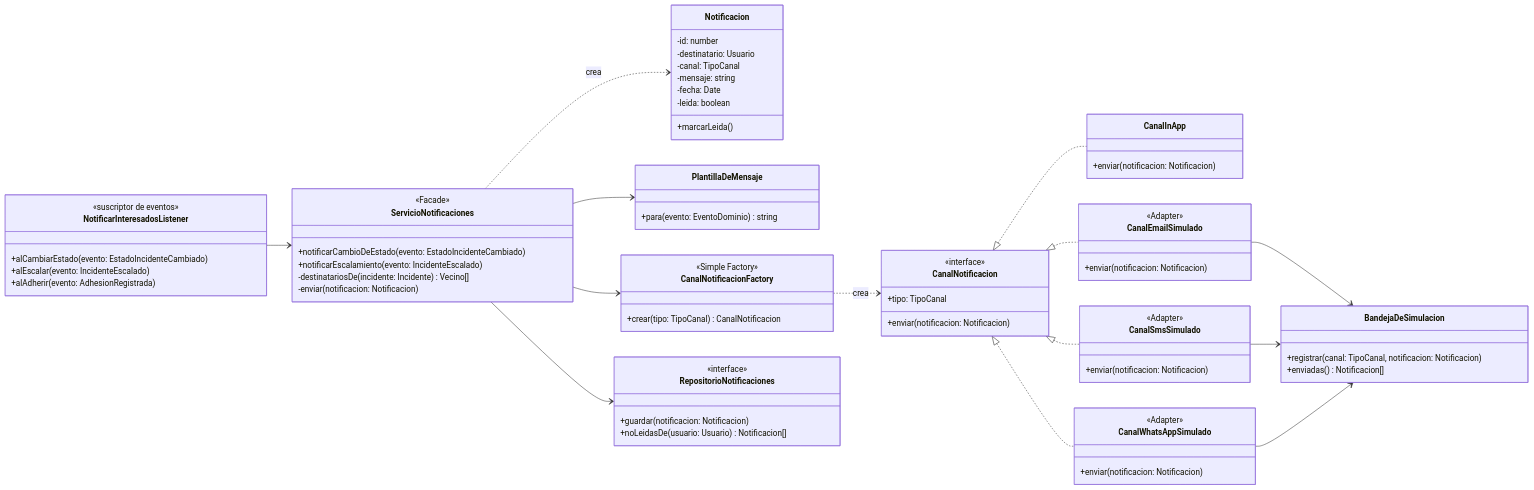
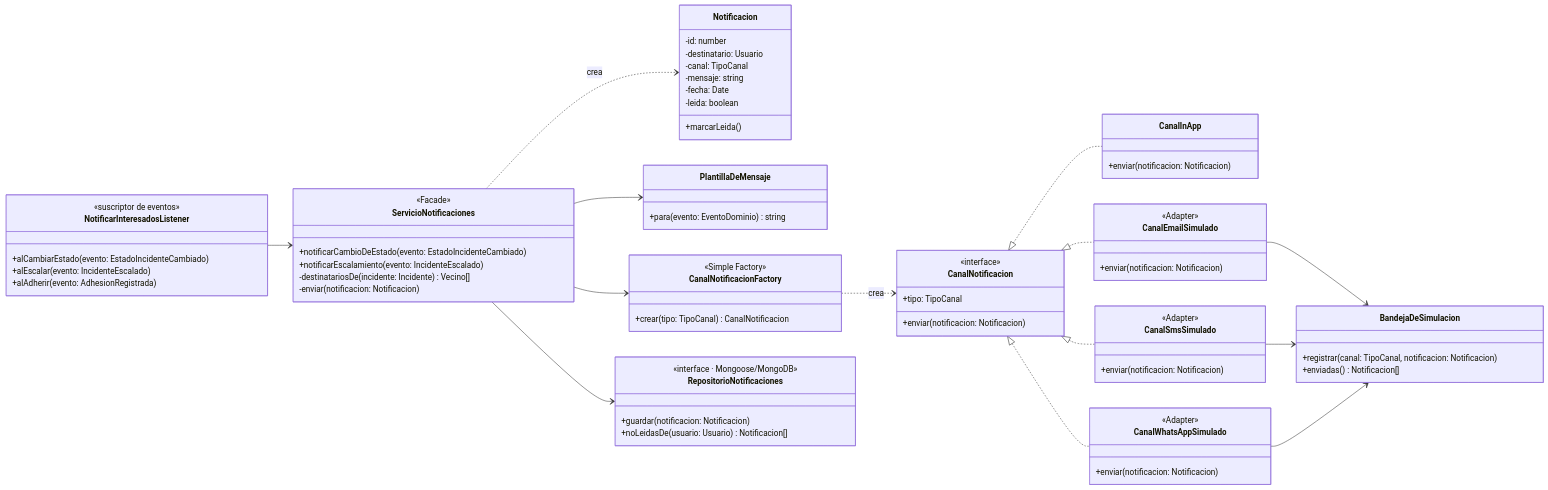
One commit to tolmedo/barrioalerta changed the diagram in docs/diagramas/clases-notificaciones.md. Above: the diagram before and after it, drawn with Mermaid. The commit also changed other lines of this file and 8 other files, not shown here.

````diff
--- a/docs/diagramas/clases-notificaciones.md
+++ b/docs/diagramas/clases-notificaciones.md
@@ -7,77 +7,77 @@
 ```mermaid
 classDiagram
 direction LR
 
 class NotificarInteresadosListener {
   <<suscriptor de eventos>>
   +alCambiarEstado(evento: EstadoIncidenteCambiado)
   +alEscalar(evento: IncidenteEscalado)
   +alAdherir(evento: AdhesionRegistrada)
 }
 class ServicioNotificaciones {
   <<Facade>>
   +notificarCambioDeEstado(evento: EstadoIncidenteCambiado)
   +notificarEscalamiento(evento: IncidenteEscalado)
   -destinatariosDe(incidente: Incidente) Vecino[]
   -enviar(notificacion: Notificacion)
 }
 class Notificacion {
   -id: number
   -destinatario: Usuario
   -canal: TipoCanal
   -mensaje: string
   -fecha: Date
   -leida: boolean
   +marcarLeida()
 }
 class PlantillaDeMensaje {
   +para(evento: EventoDominio) string
 }
 class CanalNotificacion {
   <<interface>>
   +tipo: TipoCanal
   +enviar(notificacion: Notificacion)
 }
 class CanalInApp {
   +enviar(notificacion: Notificacion)
 }
 class CanalEmailSimulado {
   <<Adapter>>
   +enviar(notificacion: Notificacion)
 }
 class CanalSmsSimulado {
   <<Adapter>>
   +enviar(notificacion: Notificacion)
 }
 class CanalWhatsAppSimulado {
   <<Adapter>>
   +enviar(notificacion: Notificacion)
 }
 class CanalNotificacionFactory {
   <<Simple Factory>>
   +crear(tipo: TipoCanal) CanalNotificacion
 }
 class BandejaDeSimulacion {
   +registrar(canal: TipoCanal, notificacion: Notificacion)
   +enviadas() Notificacion[]
 }
 class RepositorioNotificaciones {
-  <<interface>>
+  <<interface · Mongoose/MongoDB>>
   +guardar(notificacion: Notificacion)
   +noLeidasDe(usuario: Usuario) Notificacion[]
 }
 
 NotificarInteresadosListener --> ServicioNotificaciones
 ServicioNotificaciones --> PlantillaDeMensaje
 ServicioNotificaciones --> CanalNotificacionFactory
 ServicioNotificaciones --> RepositorioNotificaciones
 ServicioNotificaciones ..> Notificacion : crea
 CanalNotificacionFactory ..> CanalNotificacion : crea
 CanalNotificacion <|.. CanalInApp
 CanalNotificacion <|.. CanalEmailSimulado
 CanalNotificacion <|.. CanalSmsSimulado
 CanalNotificacion <|.. CanalWhatsAppSimulado
 CanalEmailSimulado --> BandejaDeSimulacion
 CanalSmsSimulado --> BandejaDeSimulacion
 CanalWhatsAppSimulado --> BandejaDeSimulacion
 ```
````
